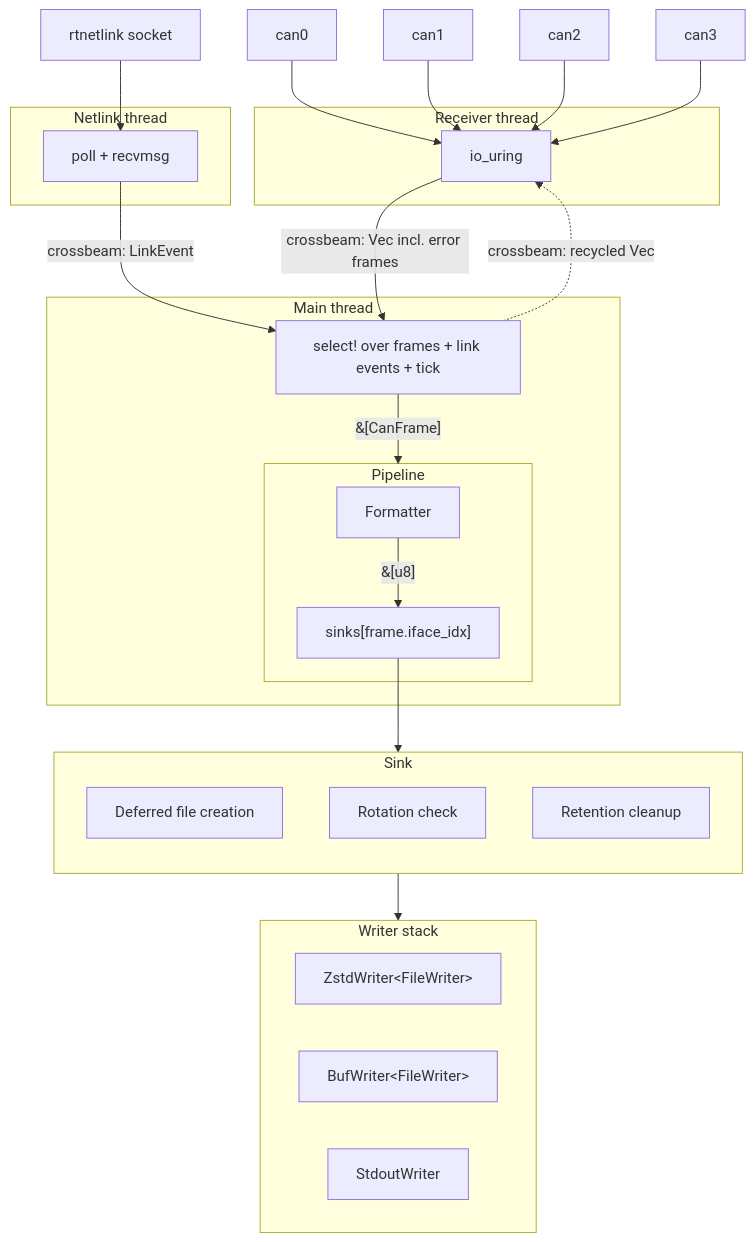
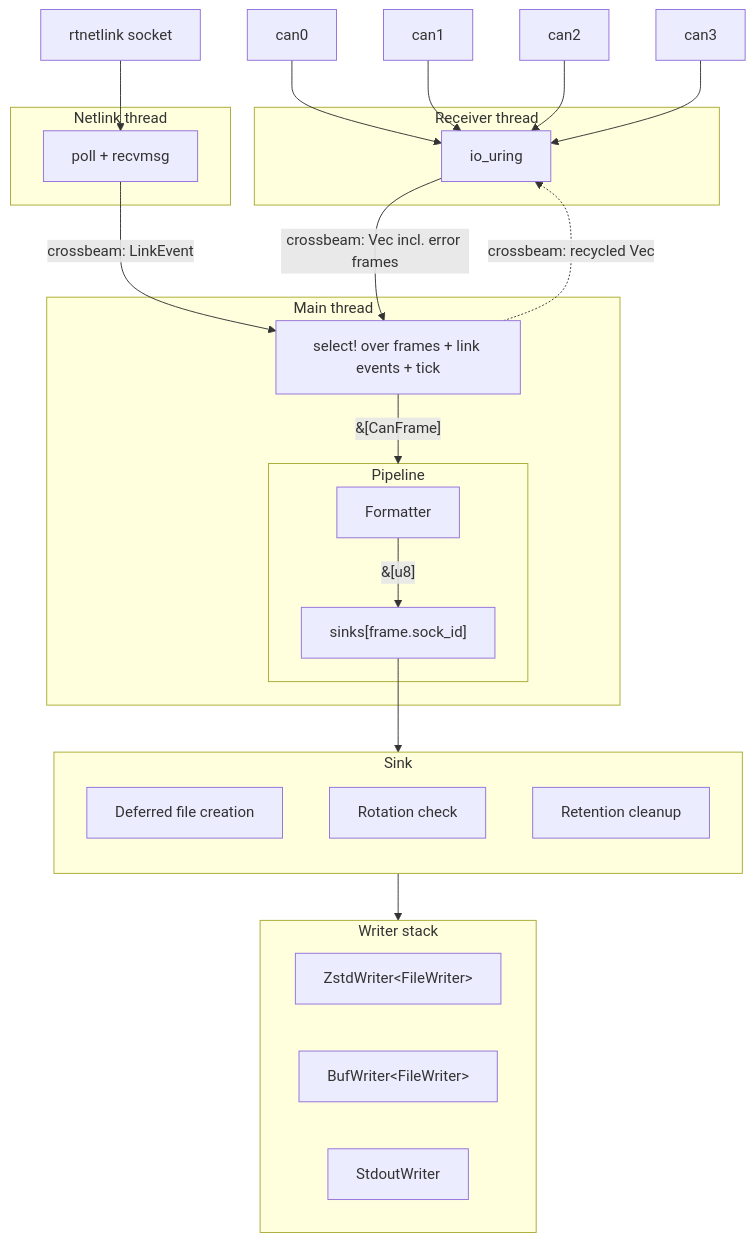
One commit to Notgnoshi/candemonium changed the first of 2 diagrams in docs/design/candumpr/02-architecture.md. Above: the diagram before and after it, drawn with Mermaid. The commit also changed other lines of this file and 5 other files, not shown here.

Commit message:
Rename iface_idx to sock_id to disambiguate from ifindex

````diff
--- a/docs/design/candumpr/02-architecture.md
+++ b/docs/design/candumpr/02-architecture.md
@@ -37,44 +37,44 @@
 ```mermaid
 graph TD
     can0 & can1 & can2 & can3 --> io_uring
     nl[rtnetlink socket] --> nlthread
 
     subgraph recv [Receiver thread]
         io_uring
     end
 
     subgraph netlink [Netlink thread]
         nlthread["poll + recvmsg"]
     end
 
     io_uring --> |"crossbeam: Vec<CanFrame> incl. error frames"| main_loop
     main_loop -.-> |"crossbeam: recycled Vec"| io_uring
     nlthread --> |"crossbeam: LinkEvent"| main_loop
 
     subgraph main [Main thread]
         main_loop["select! over frames + link events + tick"]
         main_loop --> |"&[CanFrame]"| Pipeline
     end
 
     subgraph Pipeline
-        Formatter --> |"&[u8]"| dispatch["sinks[frame.iface_idx]"]
+        Formatter --> |"&[u8]"| dispatch["sinks[frame.sock_id]"]
     end
 
     subgraph sink [Sink]
         direction TD
         deferred["Deferred file creation"]
         rotation["Rotation check"]
         retention["Retention cleanup"]
     end
 
     dispatch --> sink
 
     subgraph writers [Writer stack]
         direction LR
         compressed["ZstdWriter&lt;FileWriter&gt;"]
         uncompressed["BufWriter&lt;FileWriter&gt;"]
         live["StdoutWriter"]
     end
 
     sink --> writers
 ```
````
